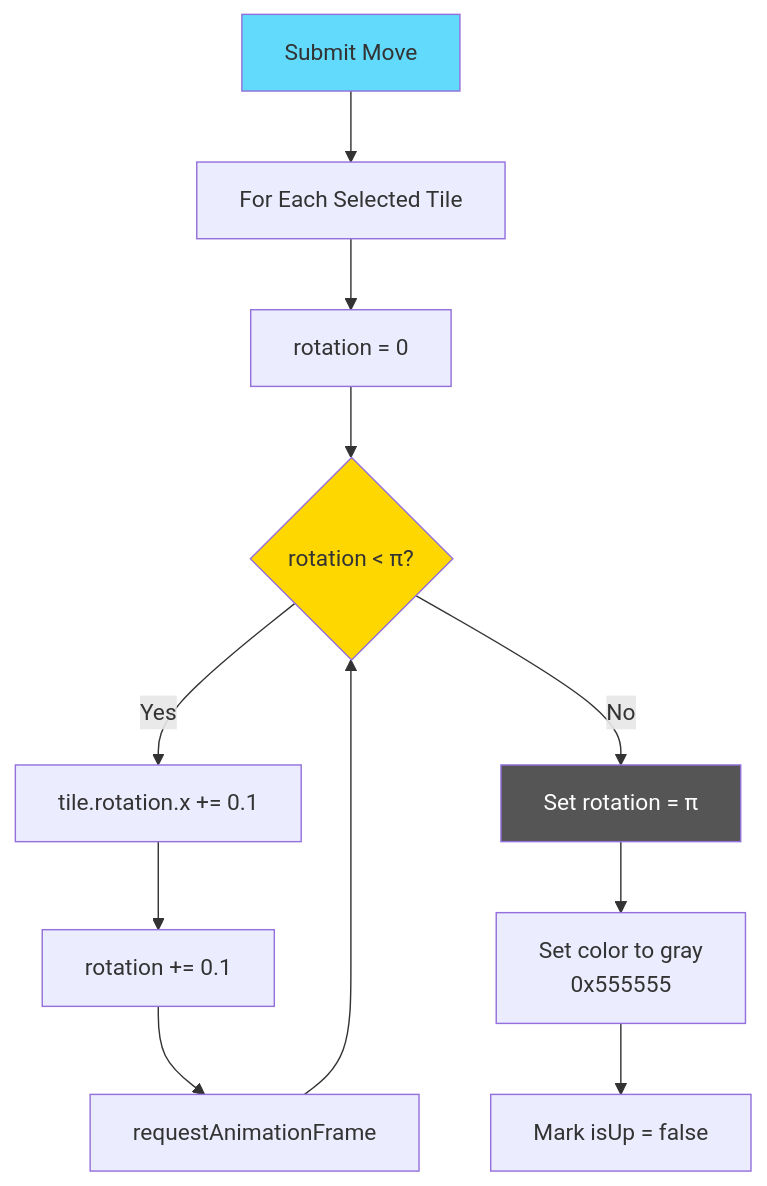
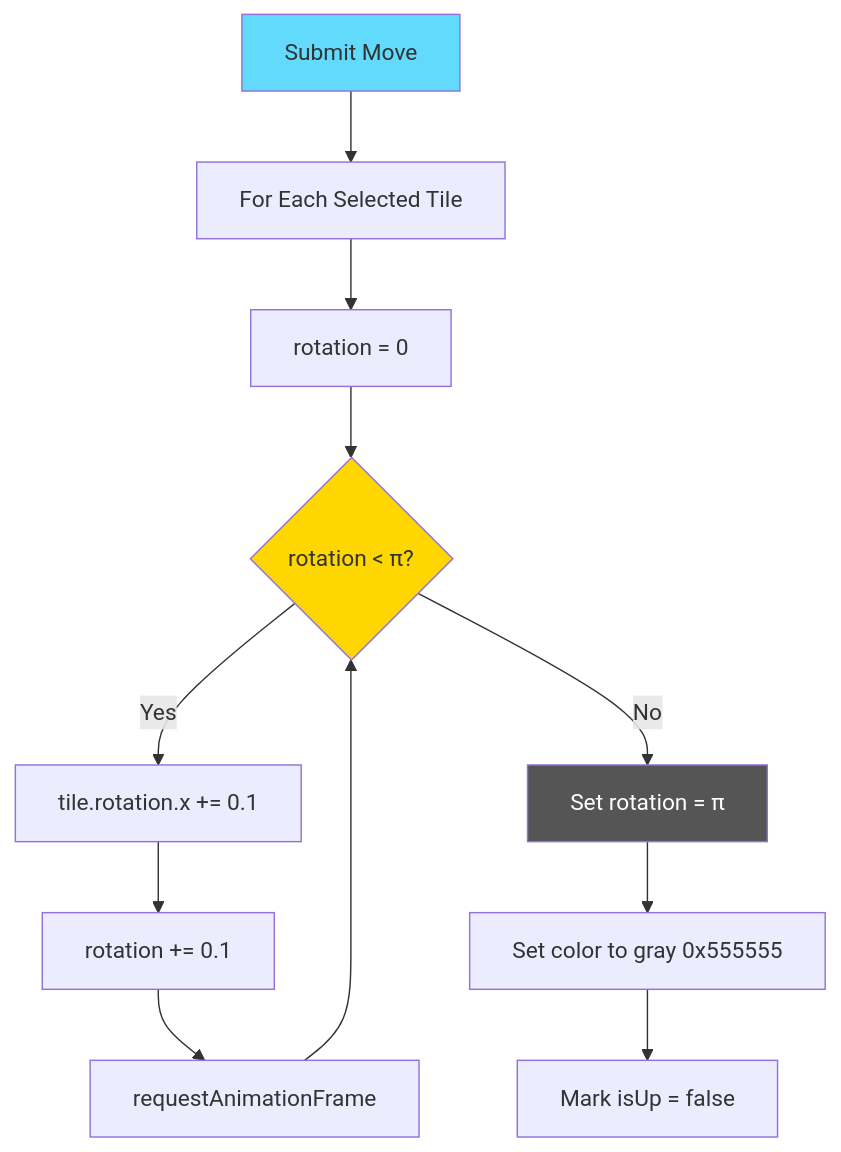
One commit to softwarewrighter/shut_the_box changed diagram 12 of 15 in wiki/Frontend-3D.md. Above: the diagram before and after it, drawn with Mermaid. The commit also changed other lines of this file and 5 other files, not shown here.

````diff
--- a/wiki/Frontend-3D.md
+++ b/wiki/Frontend-3D.md
@@ -397,19 +397,19 @@
 ```mermaid
 flowchart TD
     START[Submit Move] --> LOOP[For Each Selected Tile]
     LOOP --> INIT[rotation = 0]
     INIT --> ANIM{rotation < π?}
 
     ANIM -->|Yes| ROTATE[tile.rotation.x += 0.1]
     ROTATE --> INCREMENT[rotation += 0.1]
     INCREMENT --> NEXT[requestAnimationFrame]
     NEXT --> ANIM
 
     ANIM -->|No| FINAL[Set rotation = π]
-    FINAL --> COLOR[Set color to gray<br/>0x555555]
+    FINAL --> COLOR[Set color to gray 0x555555]
     COLOR --> MARK[Mark isUp = false]
 
     style START fill:#61dafb
     style ANIM fill:#ffd700
     style FINAL fill:#555,color:#fff
 ```
````
